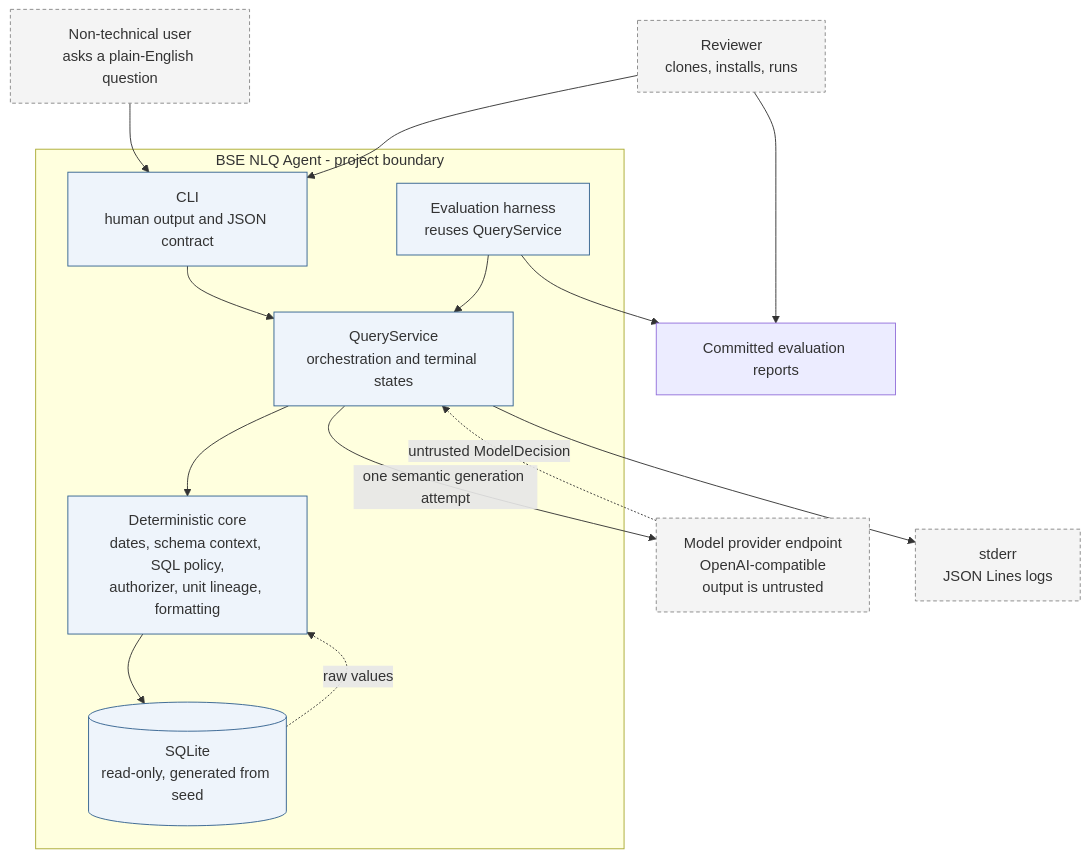
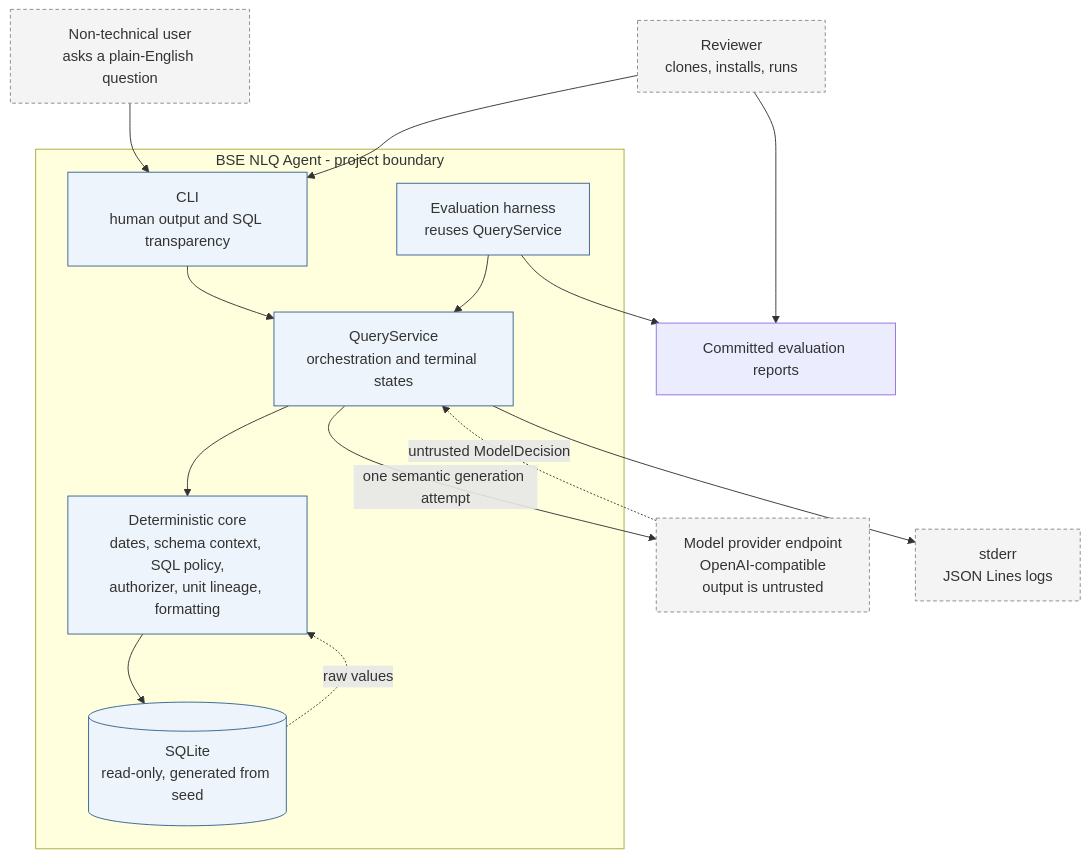
The diagram in docs/diagrams/system-context.md (robin-raq/bse-nlq-agent), drawn with Mermaid before and after one commit. The commit also changed other lines of this file and 10 other files, not shown here.

````diff
--- a/docs/diagrams/system-context.md
+++ b/docs/diagrams/system-context.md
@@ -5,35 +5,35 @@
 ```mermaid
 flowchart TB
     user["Non-technical user<br/>asks a plain-English question"]
     reviewer["Reviewer<br/>clones, installs, runs"]
 
     subgraph app["BSE NLQ Agent - project boundary"]
-        cli["CLI<br/>human output and JSON contract"]
+        cli["CLI<br/>human output and SQL transparency"]
         service["QueryService<br/>orchestration and terminal states"]
         core["Deterministic core<br/>dates, schema context, SQL policy,<br/>authorizer, unit lineage, formatting"]
         db[("SQLite<br/>read-only, generated from seed")]
         harness["Evaluation harness<br/>reuses QueryService"]
     end
 
     provider["Model provider endpoint<br/>OpenAI-compatible<br/>output is untrusted"]
     logs["stderr<br/>JSON Lines logs"]
     reports["Committed evaluation reports"]
 
     user --> cli
     reviewer --> cli
     reviewer --> reports
     cli --> service
     service --> core
     service -->|"one semantic generation attempt"| provider
     provider -.->|"untrusted ModelDecision"| service
     core --> db
     db -.->|"raw values"| core
     service --> logs
     harness --> service
     harness --> reports
 
     classDef external fill:#f4f4f4,stroke:#888888,stroke-dasharray: 4 3
     classDef owned fill:#eef4fb,stroke:#33628f
     class user,reviewer,provider,logs external
     class cli,service,core,db,harness owned
 ```
````
